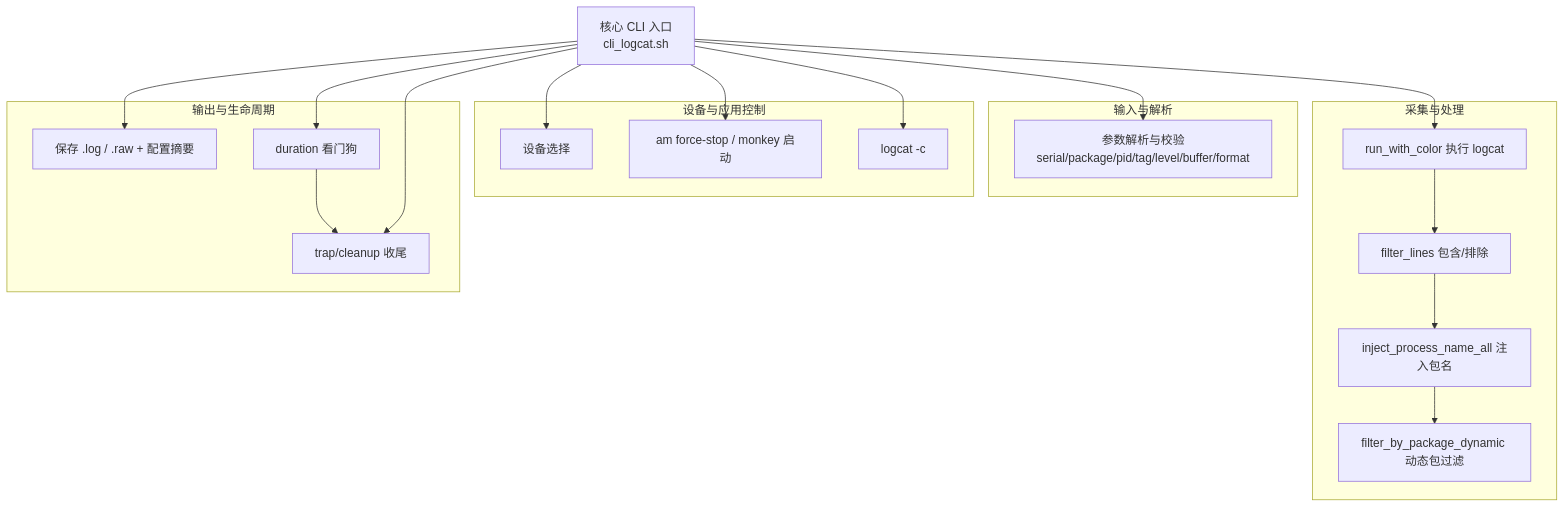
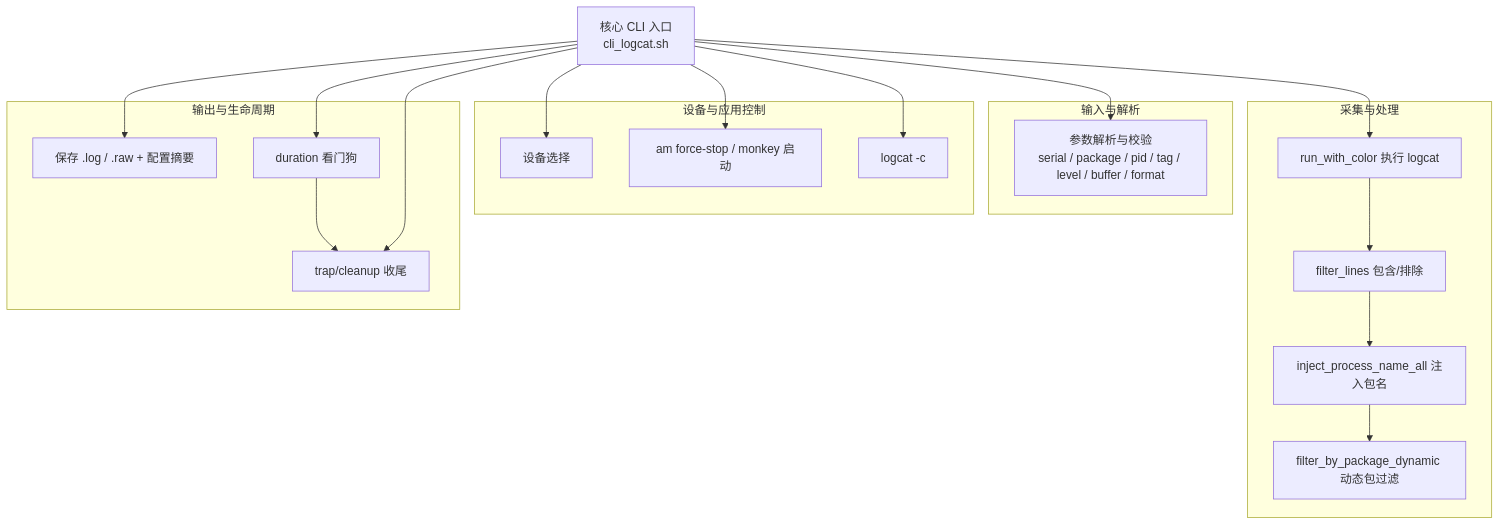
One commit to EdwardSituwende/cursor-android-logcat changed the third of 3 diagrams in scripts/logcat_android/README.md. Above: the diagram before and after it, drawn with Mermaid. The commit also changed other lines of this file, not shown here.

Commit message:
save data

````diff
--- a/scripts/logcat_android/README.md
+++ b/scripts/logcat_android/README.md
@@ -139,32 +139,32 @@
 ```mermaid
 graph TB
-  Core[核心 CLI 入口\ncli_logcat.sh]
+  Core["核心 CLI 入口<br/>cli_logcat.sh"]
   subgraph 输入与解析
-    Args[参数解析与校验\nserial/package/pid/tag/level/buffer/format]
+    Args["参数解析与校验<br/>serial / package / pid / tag / level / buffer / format"]
   end
   subgraph 设备与应用控制
     DevSel[设备选择]
     AppCtl[am force-stop / monkey 启动]
     Clear[logcat -c]
   end
   subgraph 采集与处理
-    Run[run_with_color 执行 logcat]
-    Grep[filter_lines 包含/排除]
-    Inject[inject_process_name_all 注入包名]
-    PkgDyn[filter_by_package_dynamic 动态包过滤]
+    Run["run_with_color 执行 logcat"]
+    Grep["filter_lines 包含/排除"]
+    Inject["inject_process_name_all 注入包名"]
+    PkgDyn["filter_by_package_dynamic 动态包过滤"]
   end
   subgraph 输出与生命周期
-    Save[保存 .log / .raw + 配置摘要]
-    Dur[duration 看门狗]
-    Cleanup[trap/cleanup 收尾]
+    Save["保存 .log / .raw + 配置摘要"]
+    Dur["duration 看门狗"]
+    Cleanup["trap/cleanup 收尾"]
   end
 
   Core --> Args
   Core --> DevSel
   Core --> AppCtl
   Core --> Clear
   Core --> Run --> Grep --> Inject --> PkgDyn
   Core --> Save
   Core --> Dur --> Cleanup
   Core --> Cleanup
 ```
````
